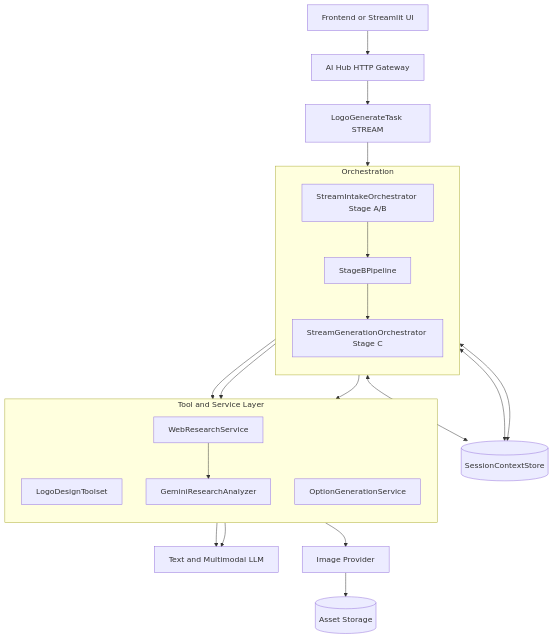
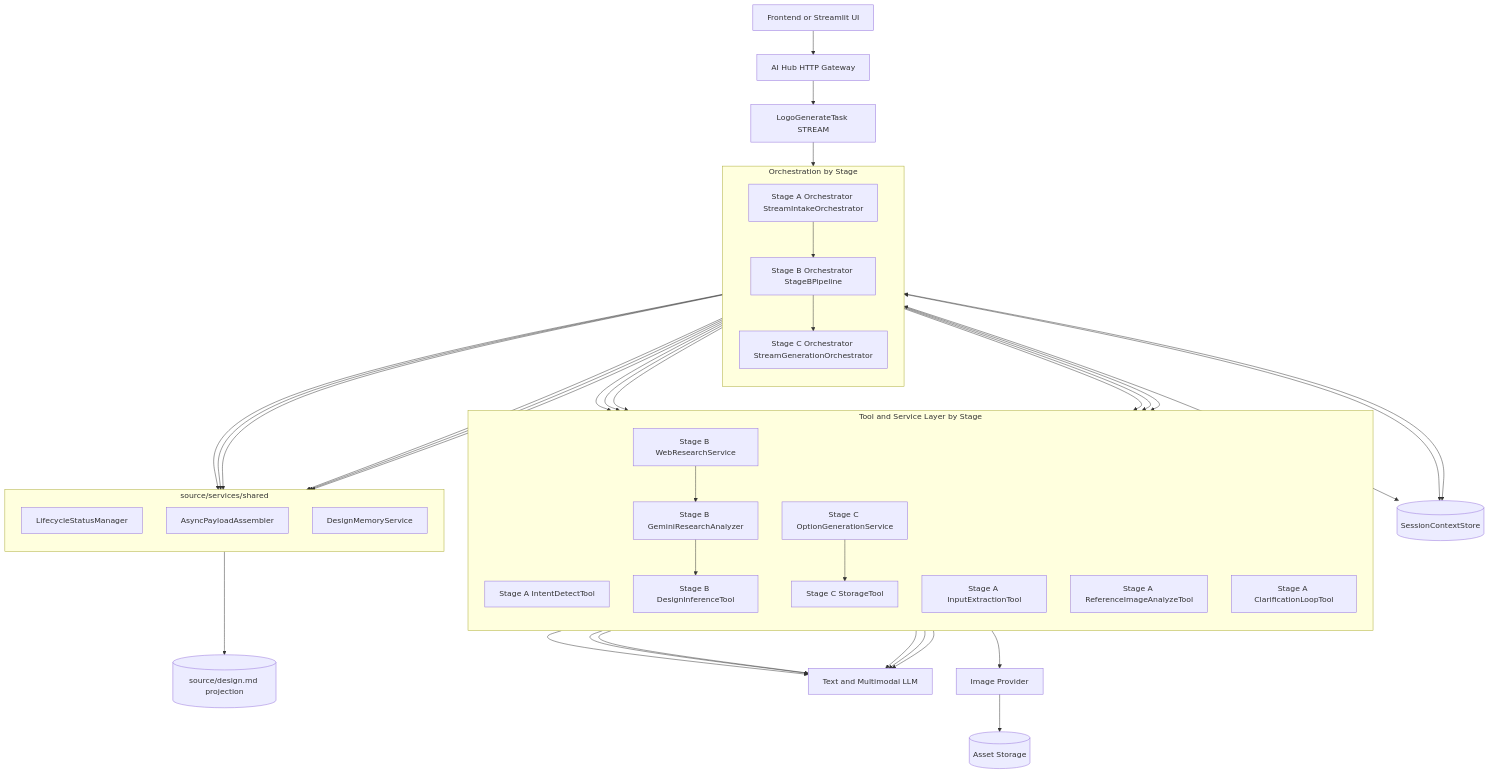
The second of 3 diagrams in architecture.md (Ne4nf/Agent-Memory), drawn with Mermaid before and after one commit. The commit also changed other lines of this file, not shown here.

````diff
--- a/architecture.md
+++ b/architecture.md
@@ -132,37 +145,65 @@
 ```mermaid
 graph TD
   FE[Frontend or Streamlit UI]
   GW[AI Hub HTTP Gateway]
   TASK[LogoGenerateTask STREAM]
 
-  subgraph ORCH[Orchestration]
+  subgraph ORCH[Orchestration by Stage]
     direction TB
-    IA[StreamIntakeOrchestrator Stage A/B]
-    SB[StageBPipeline]
-    SC[StreamGenerationOrchestrator Stage C]
+    OA[Stage A Orchestrator StreamIntakeOrchestrator]
+    OB[Stage B Orchestrator StageBPipeline]
+    OC[Stage C Orchestrator StreamGenerationOrchestrator]
   end
 
-  subgraph TOOLS[Tool and Service Layer]
+  subgraph TOOLS[Tool and Service Layer by Stage]
     direction TB
-    TS[LogoDesignToolset]
-    WR[WebResearchService]
-    GA[GeminiResearchAnalyzer]
-    OG[OptionGenerationService]
+    TA1[Stage A IntentDetectTool]
+    TA2[Stage A InputExtractionTool]
+    TA3[Stage A ReferenceImageAnalyzeTool]
+    TA4[Stage A ClarificationLoopTool]
+    TB1[Stage B WebResearchService]
+    TB2[Stage B GeminiResearchAnalyzer]
+    TB3[Stage B DesignInferenceTool]
+    TC1[Stage C OptionGenerationService]
+    TC2[Stage C StorageTool]
+  end
+
+  subgraph SHARED[source/services/shared]
+    direction TB
+    SS1[LifecycleStatusManager]
+    SS2[AsyncPayloadAssembler]
+    SS3[DesignMemoryService]
   end
 
   CTX[(SessionContextStore)]
+  DM[(source/design.md projection)]
   LLM[Text and Multimodal LLM]
   IMG[Image Provider]
   STO[(Asset Storage)]
 
-  FE --> GW --> TASK --> IA --> SB --> SC
-  IA --> TS
-  SB --> WR --> GA
-  SC --> OG --> IMG --> STO
+  FE --> GW --> TASK --> OA --> OB --> OC
+  OA --> TA1
+  OA --> TA2
+  OA --> TA3
+  OA --> TA4
+  OB --> TB1 --> TB2 --> TB3
+  OC --> TC1 --> TC2 --> IMG --> STO
 
-  IA <--> CTX
-  SB <--> CTX
-  SC <--> CTX
-  TS --> LLM
-  GA --> LLM
+  OA --> SS1
+  OB --> SS1
+  OC --> SS1
+  OC --> SS2
+  OA --> SS3
+  OB --> SS3
+  SS3 --> DM
+
+  OA <--> CTX
+  OB <--> CTX
+  OC <--> CTX
+  TA1 --> LLM
+  TA2 --> LLM
+  TA3 --> LLM
+  TA4 --> LLM
+  TB2 --> LLM
+  TB3 --> LLM
 ```
````
